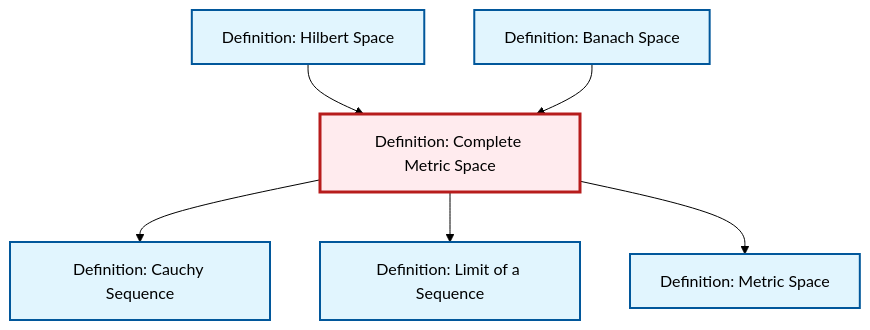
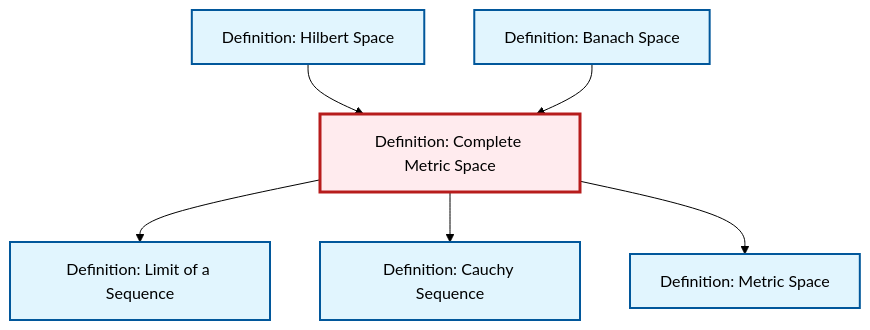
One commit to RK0429/ModernMath changed the diagram in content/ja/analysis/def-complete-metric-space.qmd. Above: the diagram before and after it, drawn with Mermaid (forest theme). The commit also changed other lines of this file and 619 other files, not shown here.

````diff
--- a/content/ja/analysis/def-complete-metric-space.qmd
+++ b/content/ja/analysis/def-complete-metric-space.qmd
@@ -54,26 +54,26 @@
 ```{mermaid}
 %%| fig-cap: "Local dependency graph"
 graph TD
     classDef definition fill:#e1f5fe,stroke:#01579b,stroke-width:2px
     classDef theorem fill:#f3e5f5,stroke:#4a148c,stroke-width:2px
     classDef axiom fill:#fff3e0,stroke:#e65100,stroke-width:2px
     classDef example fill:#e8f5e9,stroke:#1b5e20,stroke-width:2px
     classDef current fill:#ffebee,stroke:#b71c1c,stroke-width:3px
     def-complete-metric-space["Definition: Complete Metric Space"]:::definition
     def-metric-space["Definition: Metric Space"]:::definition
+    def-cauchy-sequence["Definition: Cauchy Sequence"]:::definition
     def-banach-space["Definition: Banach Space"]:::definition
-    def-cauchy-sequence["Definition: Cauchy Sequence"]:::definition
     def-limit["Definition: Limit of a Sequence"]:::definition
     def-hilbert-space["Definition: Hilbert Space"]:::definition
+    def-hilbert-space --> def-complete-metric-space
+    def-complete-metric-space --> def-limit
+    def-banach-space --> def-complete-metric-space
     def-complete-metric-space --> def-cauchy-sequence
-    def-hilbert-space --> def-complete-metric-space
-    def-banach-space --> def-complete-metric-space
-    def-complete-metric-space --> def-limit
     def-complete-metric-space --> def-metric-space
     class def-complete-metric-space current
     click def-metric-space "def-metric-space.html" "Definition: Metric Spaceへ"
+    click def-cauchy-sequence "def-cauchy-sequence.html" "Definition: Cauchy Sequenceへ"
     click def-banach-space "def-banach-space.html" "Definition: Banach Spaceへ"
-    click def-cauchy-sequence "def-cauchy-sequence.html" "Definition: Cauchy Sequenceへ"
     click def-limit "def-limit.html" "Definition: Limit of a Sequenceへ"
     click def-hilbert-space "def-hilbert-space.html" "Definition: Hilbert Spaceへ"
 ```
````
